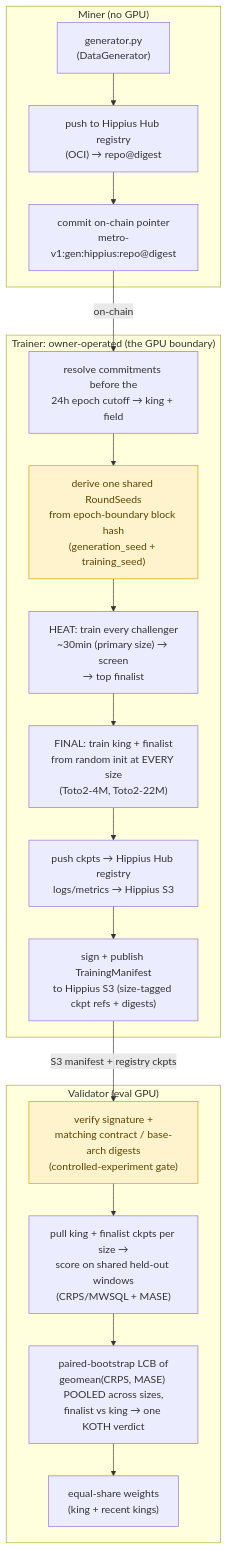
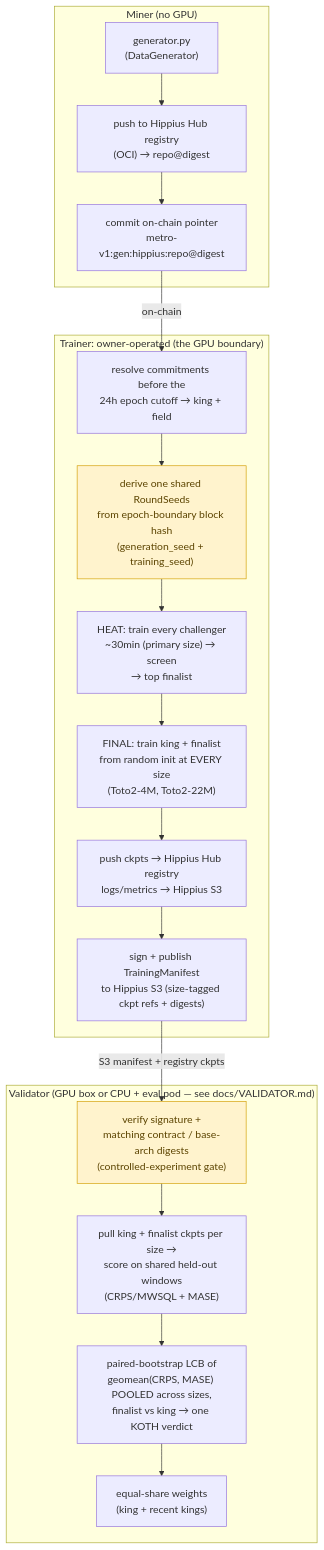
The diagram in README.md (TensorLink-AI/cascade), drawn with Mermaid before and after one commit. The commit also changed 1 other file, not shown here.

Commit message:
docs: validator hardware minimums, deployment shapes, and bench-score fallback
- Add a Hardware section to VALIDATOR.md: two supported shapes (single GPU
  box vs CPU orchestrator + --eval-hosts GPU pod) and minimums (24 GB VRAM
  GPU, 8 cores / 32 GB RAM, 100 GB disk), with a breakdown of which config
  flags actually exercise the GPU.
- Fix the doc/code contradiction: the private-pool duel is CPU-tuned and
  --device defaults to cpu; the GPU is for the gift gate and cascade bench.
- Document the two bench-score paths: trainer-stamped bench_scores in the
  signed manifest (authoritative, consensus-safe, zero validator GPU time)
  vs the validator sidecar fallback (full GIFT-Eval+BOOM+TIME battery,
  expensive and not bit-reproducible across validators).
- Split-shape run example (--eval-hosts) and new troubleshooting rows for
  the gift-eval sidecar and host-stage filtering.
- README: update the validator diagram label to match.

Claude-Session: https://claude.ai/code/session_016BrgFaBDuMWY2kpuAukrKQ

````diff
--- a/README.md
+++ b/README.md
@@ -55,33 +55,33 @@
 ```mermaid
 flowchart TD
     subgraph miner["Miner (no GPU)"]
         gen["generator.py<br/>(DataGenerator)"]
         upload["push to Hippius Hub registry<br/>(OCI) → repo@digest"]
         commit["commit on-chain pointer<br/>metro-v1:gen:hippius:repo@digest"]
         gen --> upload --> commit
     end
 
     subgraph trainer["Trainer: owner-operated (the GPU boundary)"]
         resolve["resolve commitments before the<br/>24h epoch cutoff → king + field"]
         seeds["derive one shared RoundSeeds<br/>from epoch-boundary block hash<br/>(generation_seed + training_seed)"]
         heat["HEAT: train every challenger<br/>~30min (primary size) → screen<br/>→ top finalist"]
         trainK["FINAL: train king + finalist<br/>from random init at EVERY size<br/>(Toto2-4M, Toto2-22M)"]
         upK["push ckpts → Hippius Hub registry<br/>logs/metrics → Hippius S3"]
         manifest["sign + publish TrainingManifest<br/>to Hippius S3 (size-tagged ckpt refs + digests)"]
         resolve --> seeds --> heat --> trainK --> upK --> manifest
     end
 
-    subgraph validator["Validator (eval GPU)"]
+    subgraph validator["Validator (GPU box or CPU + eval pod — see docs/VALIDATOR.md)"]
         gate["verify signature +<br/>matching contract / base-arch digests<br/>(controlled-experiment gate)"]
         eval["pull king + finalist ckpts per size →<br/>score on shared held-out windows<br/>(CRPS/MWSQL + MASE)"]
         koth["paired-bootstrap LCB of<br/>geomean(CRPS, MASE) POOLED across sizes,<br/>finalist vs king → one KOTH verdict"]
         weights["equal-share weights<br/>(king + recent kings)"]
         gate --> eval --> koth --> weights
     end
 
     commit -->|on-chain| resolve
     manifest -->|S3 manifest + registry ckpts| gate
 
     classDef invariant fill:#fff3cd,stroke:#d39e00,color:#5c4400;
     class seeds,gate invariant;
 ```
````
